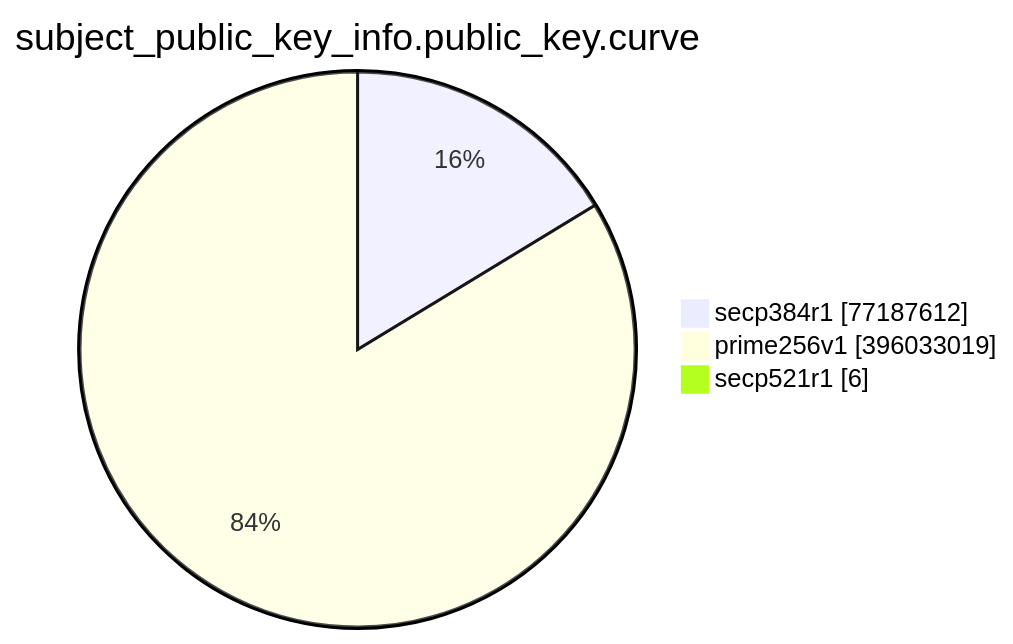
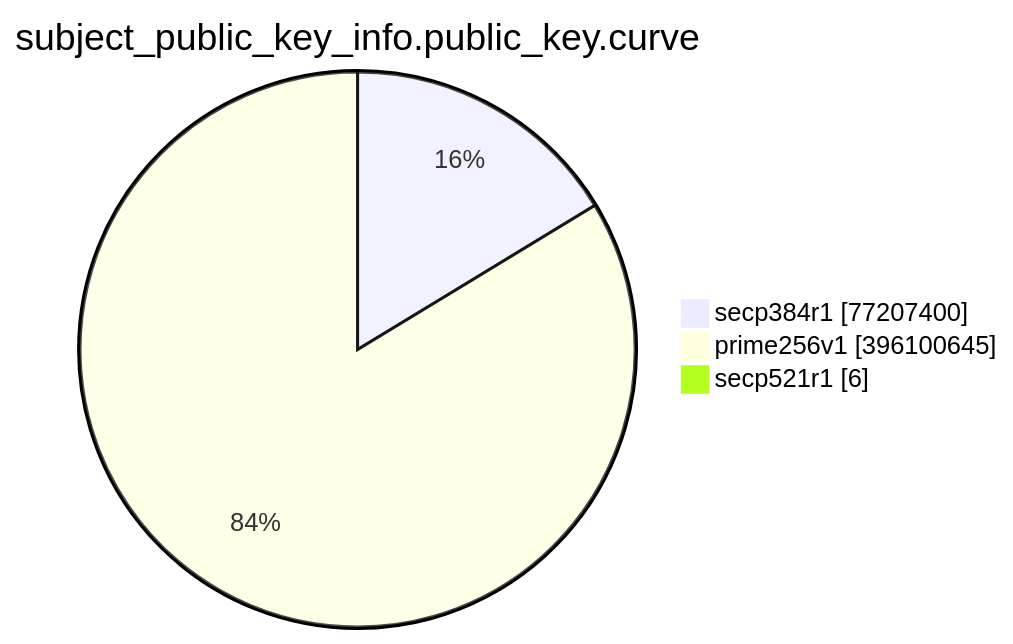
One commit to christiankrug/ctmonitor_visualization changed the eighth of 15 diagrams in TOTAL/README.md. Above: the diagram before and after it, drawn with Mermaid. The commit also changed other lines of this file, not shown here.

````diff
--- a/TOTAL/README.md
+++ b/TOTAL/README.md
@@ -3095,7 +3095,7 @@
 ```mermaid
 pie showData
 title subject_public_key_info.public_key.curve
-"secp384r1" :77187612
-"prime256v1" :396033019
+"secp384r1" :77207400
+"prime256v1" :396100645
 "secp521r1" :6
 ```
````
